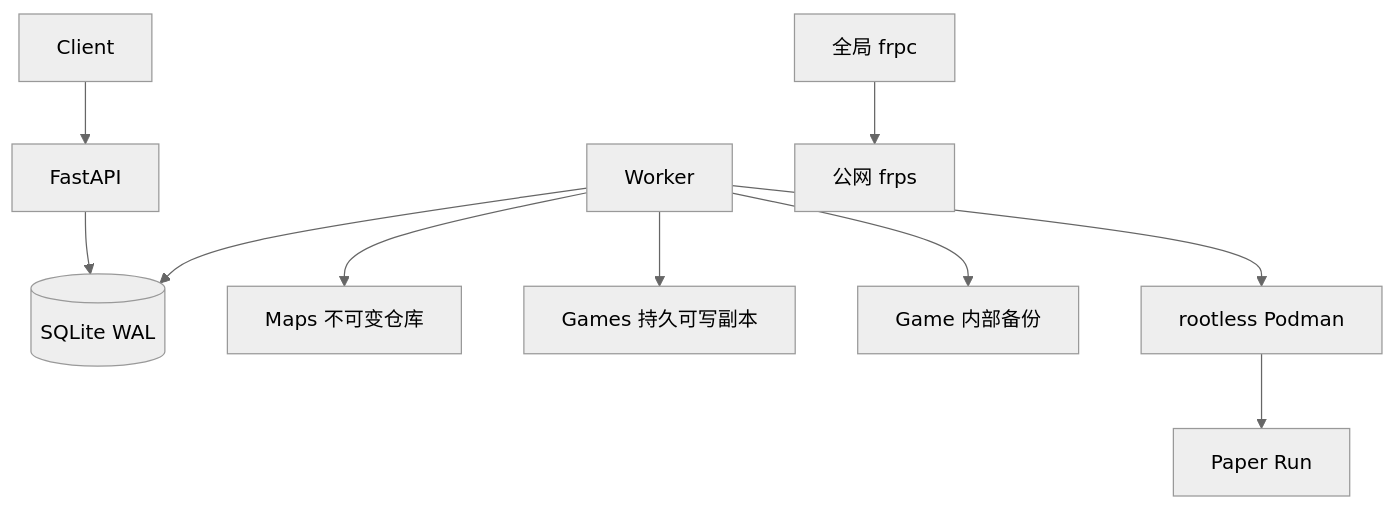
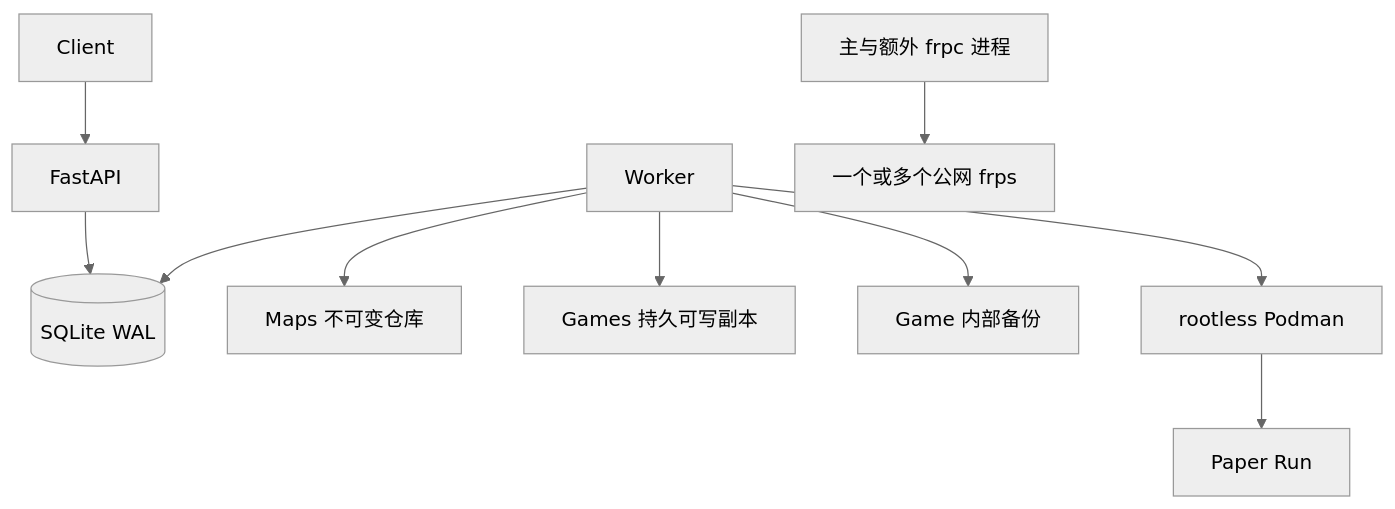
One commit to madderscientist/mc-minigame-manager changed the diagram in docs/MC小游戏管理后端设计与部署.md. Above: the diagram before and after it, drawn with Mermaid (neutral theme). The commit also changed other lines of this file and 14 other files, not shown here.

````diff
--- a/docs/MC小游戏管理后端设计与部署.md
+++ b/docs/MC小游戏管理后端设计与部署.md
@@ -16,12 +16,12 @@
 ```mermaid
 flowchart TD
     Client --> API[FastAPI]
     API --> DB[(SQLite WAL)]
     Worker --> DB
     Worker --> Maps[Maps 不可变仓库]
     Worker --> Games[Games 持久可写副本]
     Worker --> Backups[Game 内部备份]
     Worker --> Podman[rootless Podman]
     Podman --> Paper[Paper Run]
-    FRPC[全局 frpc] --> FRPS[公网 frps]
+    FRPC[主与额外 frpc 进程] --> FRPS[一个或多个公网 frps]
 ```
````
